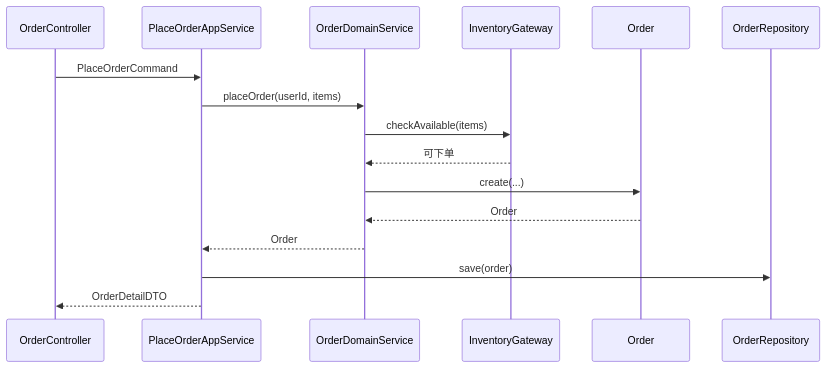
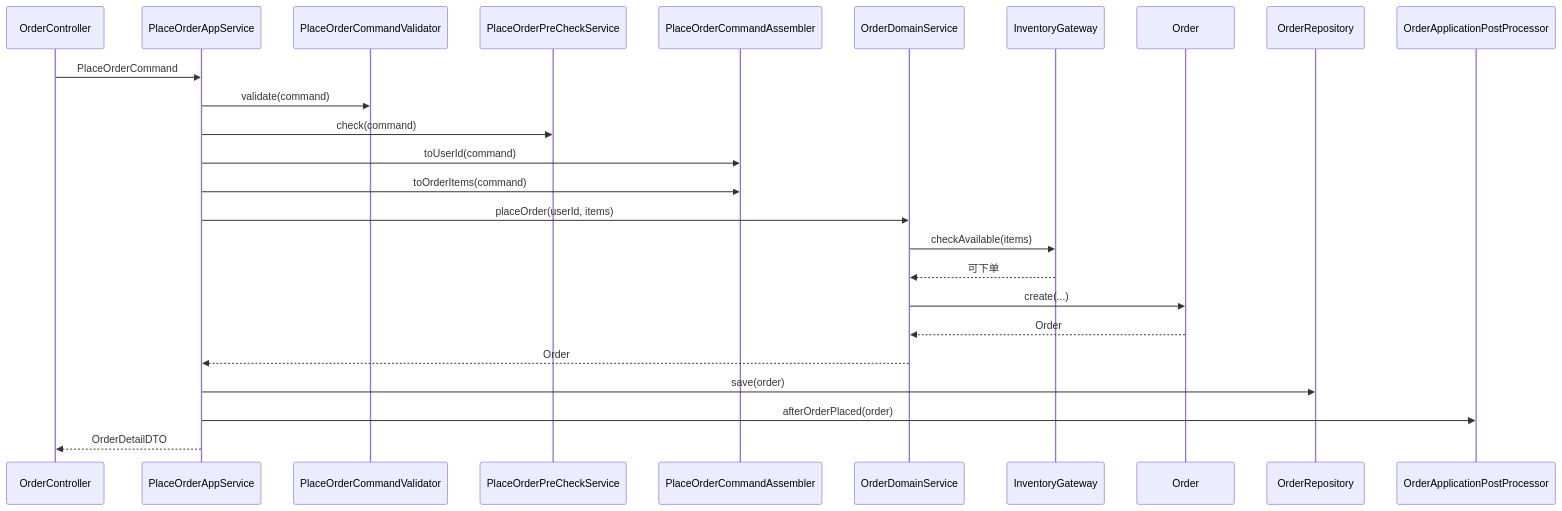
The third of 5 diagrams in docs/how-to-read-ddd-demo.md (IanAqkj10/ddd-demo), drawn with Mermaid before and after one commit. The commit also changed other lines of this file and 22 other files, not shown here.

````diff
--- a/docs/how-to-read-ddd-demo.md
+++ b/docs/how-to-read-ddd-demo.md
@@ -114,19 +149,28 @@
 ```mermaid
 sequenceDiagram
     participant Controller as OrderController
     participant App as PlaceOrderAppService
+    participant Validator as PlaceOrderCommandValidator
+    participant PreCheck as PlaceOrderPreCheckService
+    participant Assembler as PlaceOrderCommandAssembler
     participant Domain as OrderDomainService
     participant Inventory as InventoryGateway
     participant Aggregate as Order
     participant Repo as OrderRepository
+    participant PostProcessor as OrderApplicationPostProcessor
 
     Controller->>App: PlaceOrderCommand
+    App->>Validator: validate(command)
+    App->>PreCheck: check(command)
+    App->>Assembler: toUserId(command)
+    App->>Assembler: toOrderItems(command)
     App->>Domain: placeOrder(userId, items)
     Domain->>Inventory: checkAvailable(items)
     Inventory-->>Domain: 可下单
     Domain->>Aggregate: create(...)
     Aggregate-->>Domain: Order
     Domain-->>App: Order
     App->>Repo: save(order)
+    App->>PostProcessor: afterOrderPlaced(order)
     App-->>Controller: OrderDetailDTO
 ```
````
